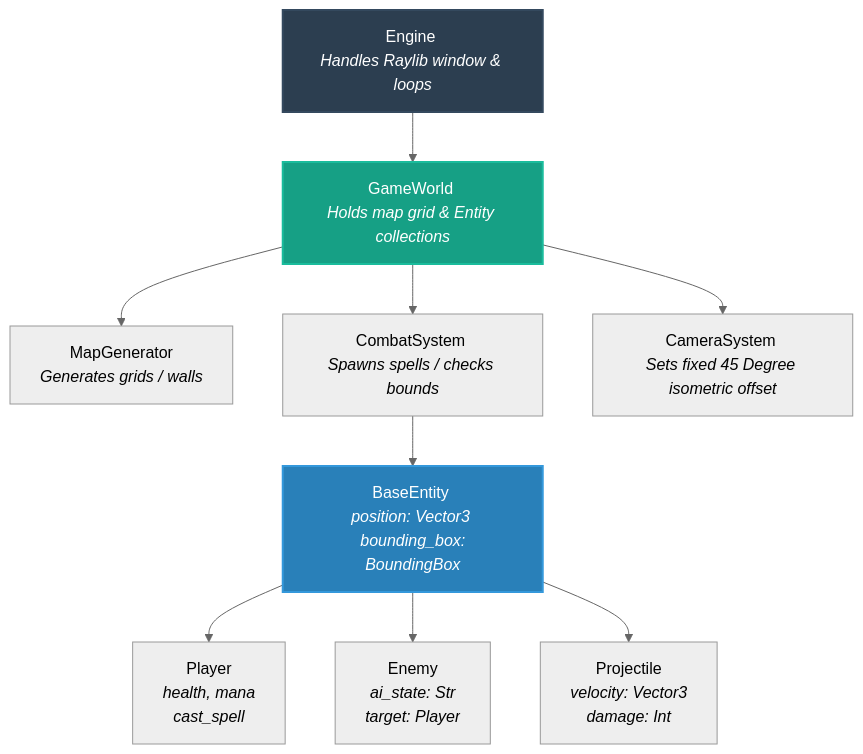
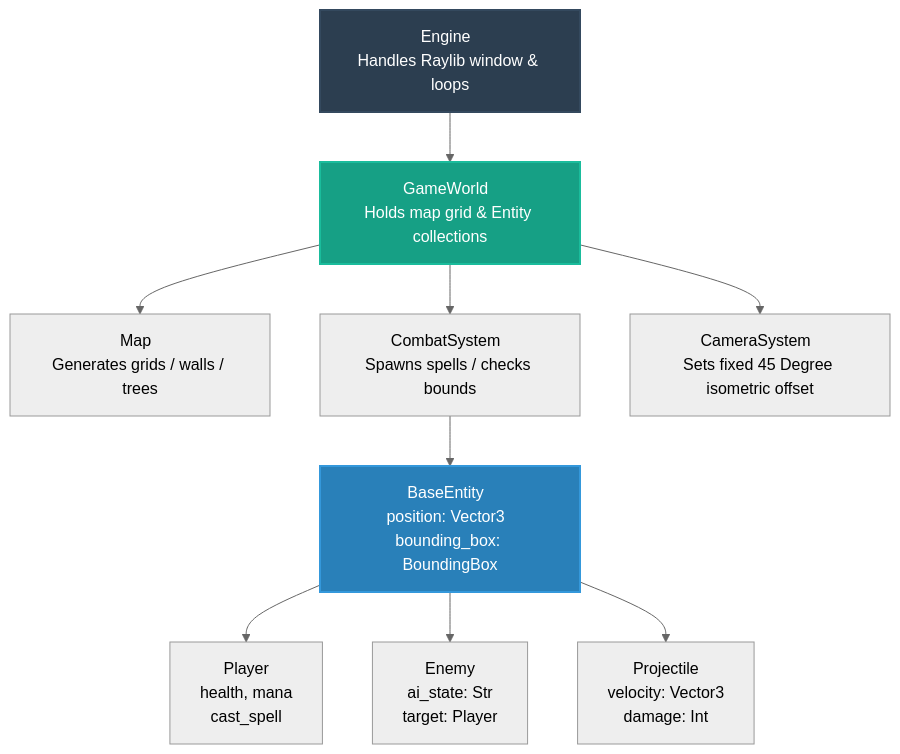
One commit to OB97/Game-Dev_Prototype changed the first of 2 diagrams in README.md. Above: the diagram before and after it, drawn with Mermaid (neutral theme). The commit also changed other lines of this file, not shown here.

````diff
--- a/README.md
+++ b/README.md
@@ -44,25 +48,39 @@
 ```mermaid
 graph TD
-    %% Base Orchestration %%
-    Engine[Engine <br><i>Handles Raylib window & loops</i>] --> GameWorld[GameWorld <br><i>Holds map grid & Entity collections</i>]
-    
-    %% Systems %%
-    GameWorld --> MapGen[MapGenerator <br><i>Generates grids / walls</i>]
-    GameWorld --> CombatSys[CombatSystem <br><i>Spawns spells / checks bounds</i>]
-    GameWorld --> CamSys[CameraSystem <br><i>Sets fixed 45 Degree isometric offset</i>]
 
-    %% Entities %%
-    CombatSys --> BaseEntity[BaseEntity <br><i>position: Vector3 <br> bounding_box: BoundingBox</i>]
-    
-    %% Inheritances %%
-    BaseEntity --> Player[Player <br><i>health, mana <br> cast_spell</i>]
-    BaseEntity --> Enemy[Enemy <br><i>ai_state: Str <br> target: Player</i>]
-    BaseEntity --> Projectile[Projectile <br><i>velocity: Vector3 <br> damage: Int</i>]
+%% Base Orchestration %%
+Engine[Engine  
+Handles Raylib window & loops] 
+--> GameWorld[GameWorld  
+Holds map grid & Entity collections]
 
-    %% Styling %%
-    style Engine fill:#2c3e50,stroke:#34495e,stroke-width:2px,color:#fff
-    style GameWorld fill:#16a085,stroke:#1abc9c,stroke-width:2px,color:#fff
-    style BaseEntity fill:#2980b9,stroke:#3498db,stroke-width:2px,color:#fff
-    
-    
+%% Systems %%
+GameWorld --> Map[Map  
+Generates grids / walls / trees]
+GameWorld --> CombatSys[CombatSystem  
+Spawns spells / checks bounds]
+GameWorld --> CamSys[CameraSystem  
+Sets fixed 45 Degree isometric offset]
+
+%% Entities %%
+CombatSys --> BaseEntity[BaseEntity  
+position: Vector3  
+bounding_box: BoundingBox]
+
+%% Inheritances %%
+BaseEntity --> Player[Player  
+health, mana  
+cast_spell]
+BaseEntity --> Enemy[Enemy  
+ai_state: Str  
+target: Player]
+BaseEntity --> Projectile[Projectile  
+velocity: Vector3  
+damage: Int]
+
+%% Styling %%
+style Engine fill:#2c3e50,stroke:#34495e,stroke-width:2px,color:#fff
+style GameWorld fill:#16a085,stroke:#1abc9c,stroke-width:2px,color:#fff
+style BaseEntity fill:#2980b9,stroke:#3498db,stroke-width:2px,color:#fff
+
 ```
````
